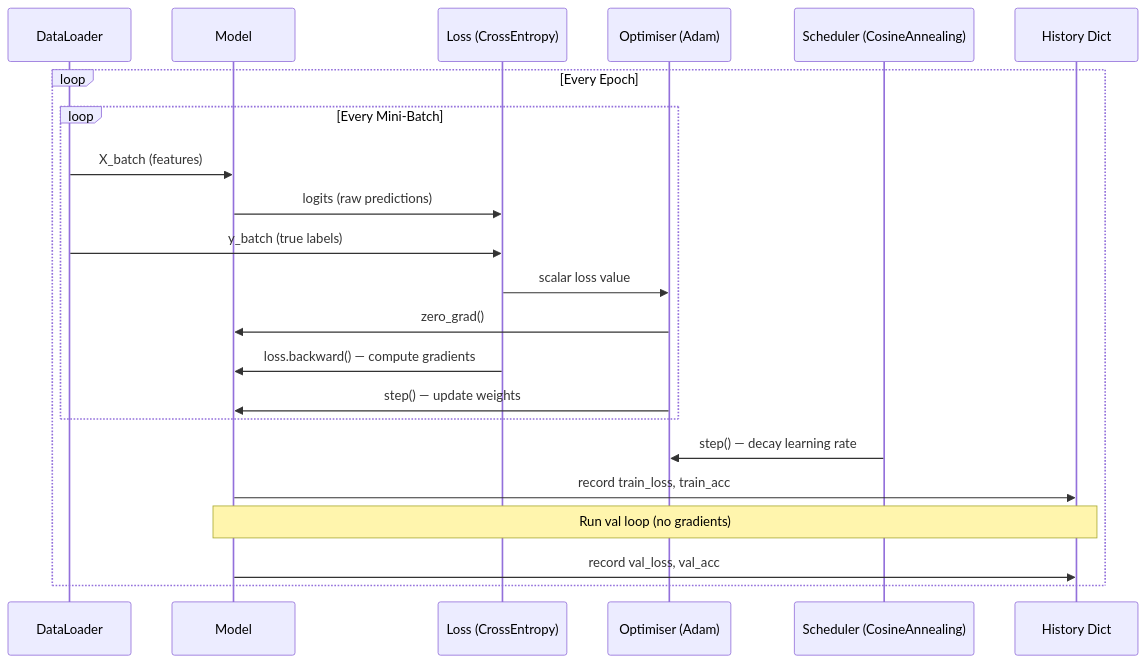
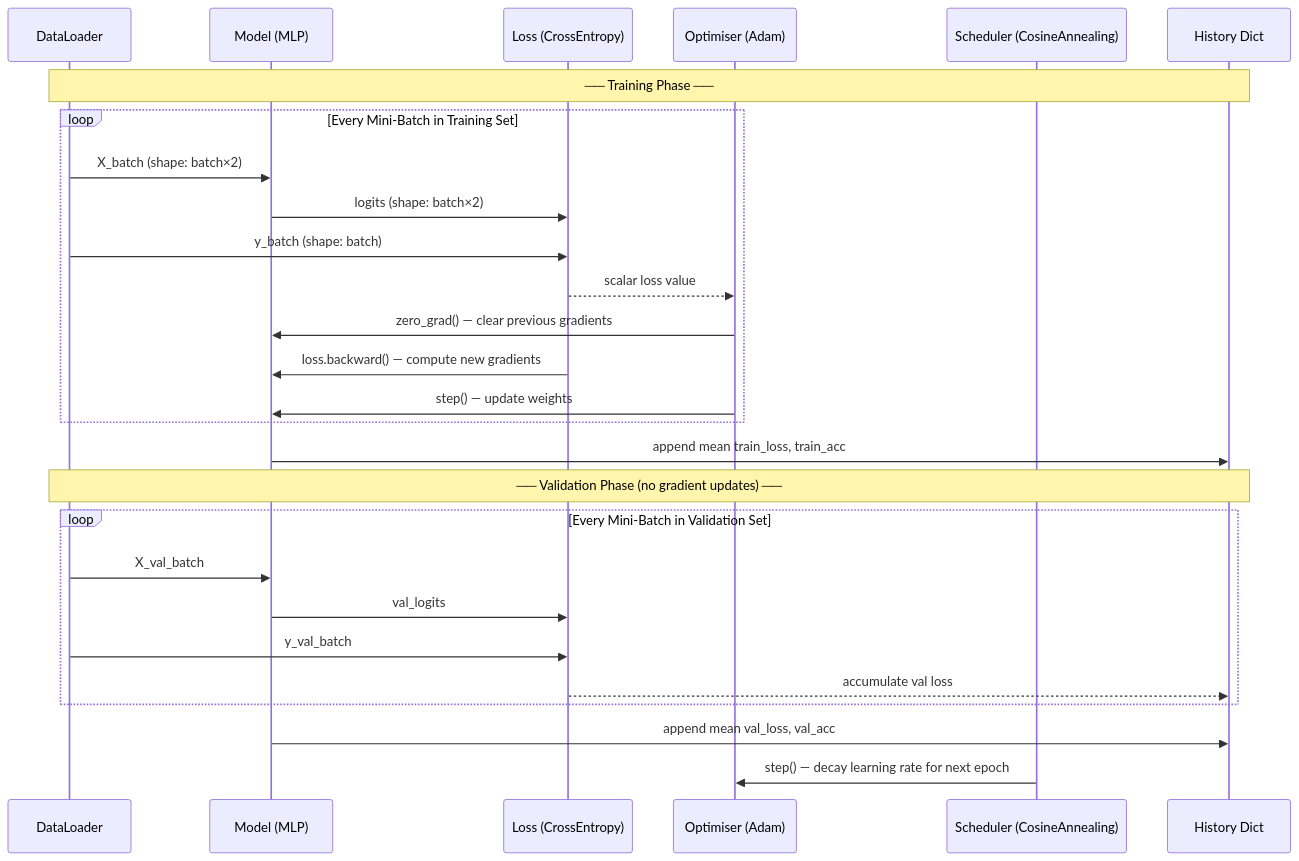
Before and after one commit to hkevin01/epochs-demo: the second of 5 diagrams in README.md, drawn with Mermaid. The commit also changed other lines of this file, not shown here.

````diff
--- a/README.md
+++ b/README.md
@@ -117,25 +161,31 @@
 ```mermaid
 sequenceDiagram
     participant DL as DataLoader
-    participant M  as Model
+    participant M  as Model (MLP)
     participant L  as Loss (CrossEntropy)
     participant O  as Optimiser (Adam)
     participant S  as Scheduler (CosineAnnealing)
     participant H  as History Dict
 
-    loop Every Epoch
-        loop Every Mini-Batch
-            DL->>M: X_batch (features)
-            M->>L: logits (raw predictions)
-            DL->>L: y_batch (true labels)
-            L->>O: scalar loss value
-            O->>M: zero_grad()
-            L->>M: loss.backward() — compute gradients
-            O->>M: step() — update weights
-        end
-        S->>O: step() — decay learning rate
-        M->>H: record train_loss, train_acc
-        Note over M,H: Run val loop (no gradients)
-        M->>H: record val_loss, val_acc
+    Note over DL,H: ── Training Phase ──
+    loop Every Mini-Batch in Training Set
+        DL->>M: X_batch (shape: batch×2)
+        M->>L: logits (shape: batch×2)
+        DL->>L: y_batch (shape: batch)
+        L-->>O: scalar loss value
+        O->>M: zero_grad() — clear previous gradients
+        L->>M: loss.backward() — compute new gradients
+        O->>M: step() — update weights
     end
+    M->>H: append mean train_loss, train_acc
+
+    Note over DL,H: ── Validation Phase (no gradient updates) ──
+    loop Every Mini-Batch in Validation Set
+        DL->>M: X_val_batch
+        M->>L: val_logits
+        DL->>L: y_val_batch
+        L-->>H: accumulate val loss
+    end
+    M->>H: append mean val_loss, val_acc
+    S->>O: step() — decay learning rate for next epoch
 ```
````
